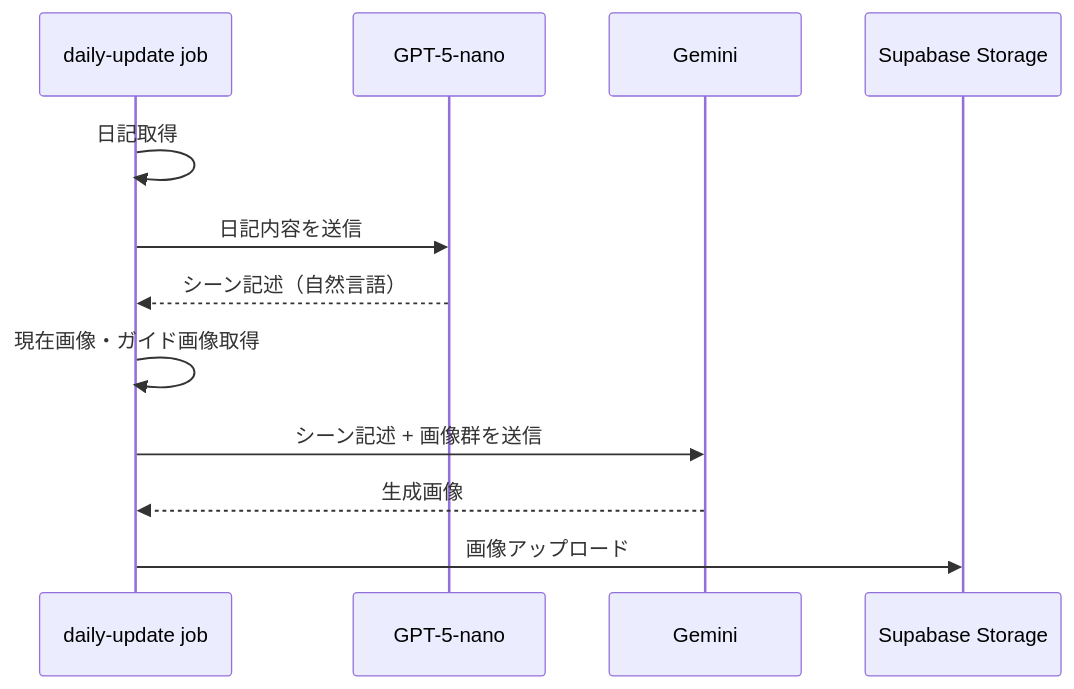
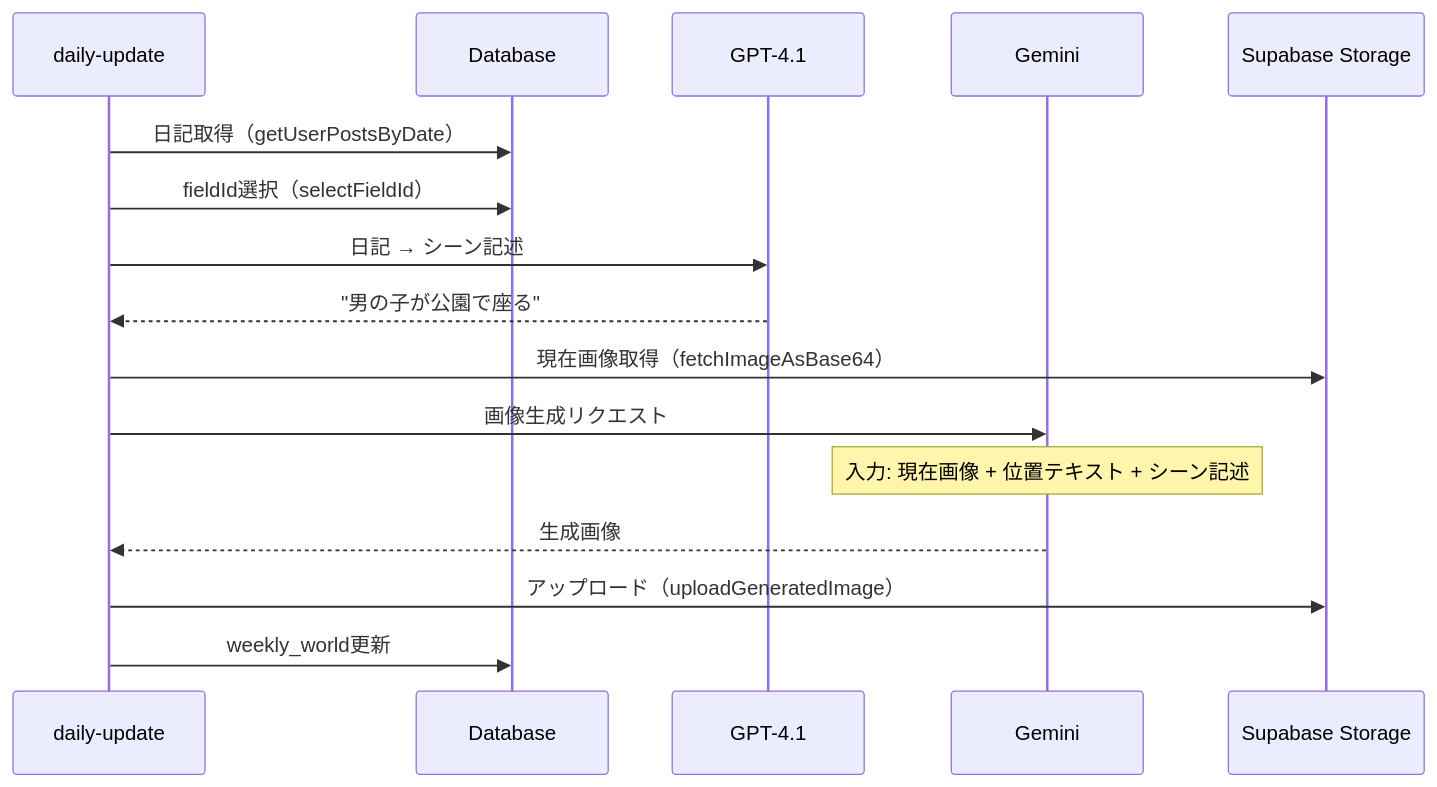
The second of 3 diagrams in apps/worker/docs/image-generation-workflow.md (p2hacks2025/pre-03), drawn with Mermaid before and after one commit. The commit also changed other lines of this file and 8 other files, not shown here.

````diff
--- a/apps/worker/docs/image-generation-workflow.md
+++ b/apps/worker/docs/image-generation-workflow.md
@@ -57,15 +109,19 @@
 ```mermaid
 sequenceDiagram
-    participant Job as daily-update job
-    participant GPT as GPT-5-nano
+    participant Job as daily-update
+    participant DB as Database
+    participant GPT as GPT-4.1
     participant Gemini as Gemini
     participant Storage as Supabase Storage
 
-    Job->>Job: 日記取得
-    Job->>GPT: 日記内容を送信
-    GPT-->>Job: シーン記述（自然言語）
-    Job->>Job: 現在画像・ガイド画像取得
-    Job->>Gemini: シーン記述 + 画像群を送信
+    Job->>DB: 日記取得（getUserPostsByDate）
+    Job->>DB: fieldId選択（selectFieldId）
+    Job->>GPT: 日記 → シーン記述
+    GPT-->>Job: "男の子が公園で座る"
+    Job->>Storage: 現在画像取得（fetchImageAsBase64）
+    Job->>Gemini: 画像生成リクエスト
+    Note over Gemini: 入力: 現在画像 + 位置テキスト + シーン記述
     Gemini-->>Job: 生成画像
-    Job->>Storage: 画像アップロード
+    Job->>Storage: アップロード（uploadGeneratedImage）
+    Job->>DB: weekly_world更新
 ```
````
